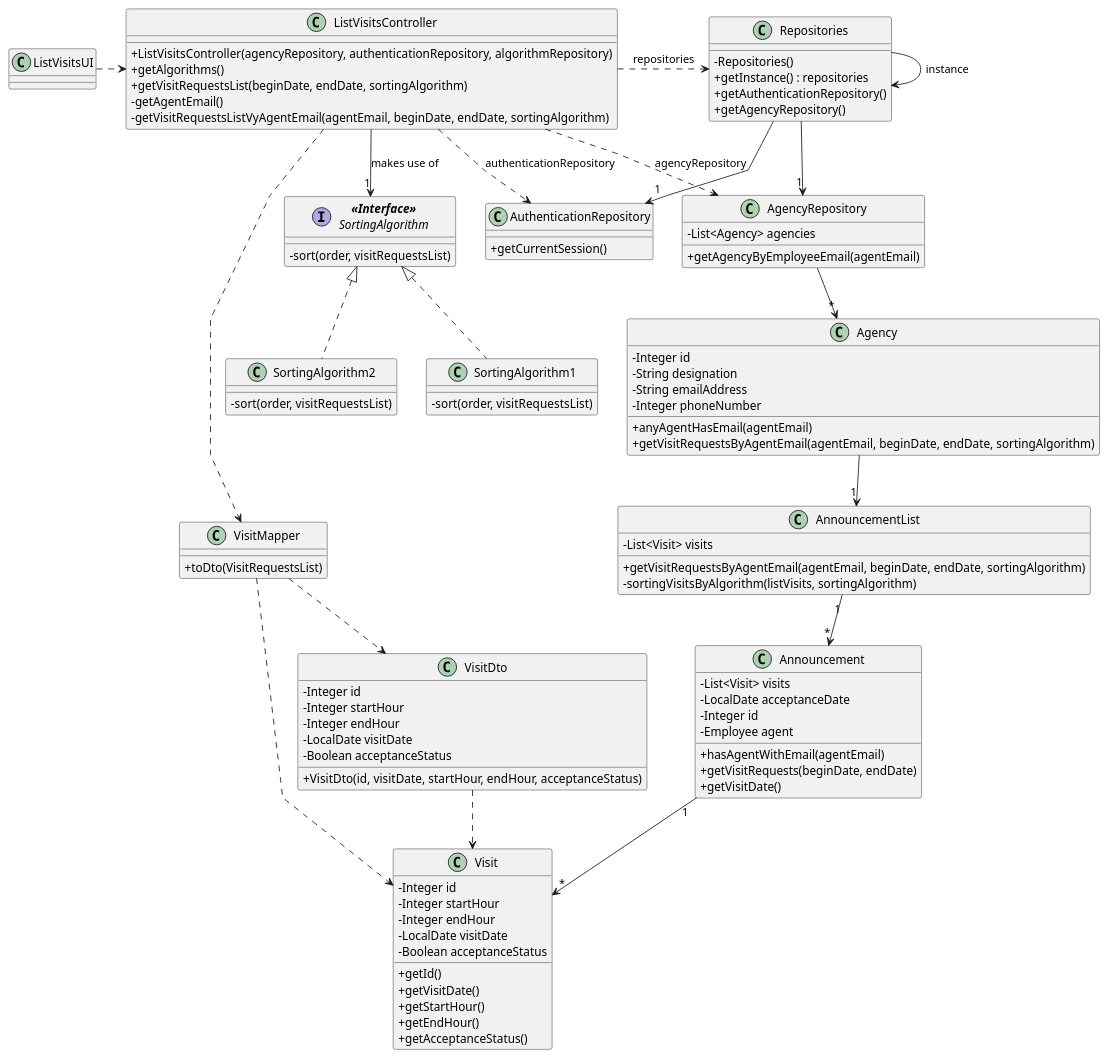
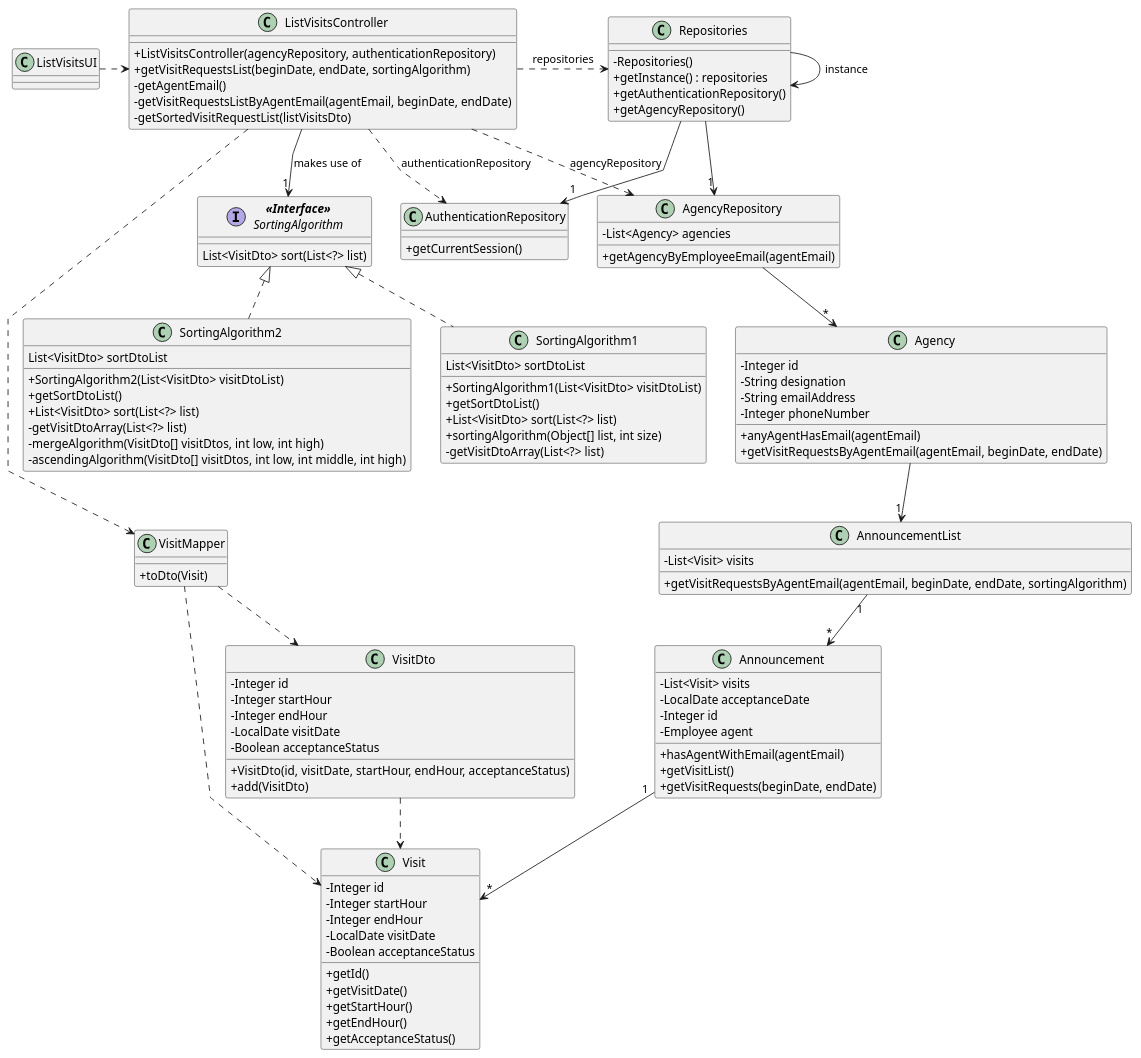
The diagram in docs/sprintD/us015/03.design/puml/us015-class-diagram.puml (rita-barbosa/LAPR2-2223), drawn with PlantUML before and after one commit. The commit also changed 9 other files, not shown here.

Commit message:
Update Sequence Diagram (all) & Class Diagram + SVG's [US015][Design]

```diff
--- a/docs/sprintD/us015/03.design/puml/us015-class-diagram.puml
+++ b/docs/sprintD/us015/03.design/puml/us015-class-diagram.puml
@@ -1,199 +1,144 @@
 @startuml
-'skinparam monochrome true
 skinparam packageStyle rectangle
 skinparam shadowing false
 skinparam linetype polyline
-'skinparam linetype orto
 
 skinparam classAttributeIconSize 0
 
 class Repositories {
     - Repositories()
     + getInstance() : repositories
-'    + getAlgorithmRepository()
     + getAuthenticationRepository()
     + getAgencyRepository()
 }
 
 class ListVisitsController {
-    + ListVisitsController(agencyRepository, authenticationRepository, algorithmRepository)
-    + getAlgorithms()
+    + ListVisitsController(agencyRepository, authenticationRepository)
     + getVisitRequestsList(beginDate, endDate, sortingAlgorithm)
     - getAgentEmail()
-    - getVisitRequestsListVyAgentEmail(agentEmail, beginDate, endDate, sortingAlgorithm)
+    - getVisitRequestsListByAgentEmail(agentEmail, beginDate, endDate)
+    - getSortedVisitRequestList(listVisitsDto)
 }
-
-'class AlgorithmRepository{
-'+ getAlgorithmList()
-'}
-'
-'class AlgorithmMapper{
-'+toDto(algorithmList)
-'}
-'
-'class AlgorithmDto{
-'-String algorithmType
-'
-'+AlgorithmDto(AlgorithmTypeDesignation)
-'}
-'
-'class Algorithm{
-'-String algorithmType
-'
-'+getAlgorithmTypeDesignation()
-'}
 
 class AuthenticationRepository{
 +getCurrentSession()
 }
 
 class AgencyRepository{
 -List<Agency> agencies
 
 +getAgencyByEmployeeEmail(agentEmail)
 }
 
 class Agency{
 - Integer id
 - String designation
 - String emailAddress
 - Integer phoneNumber
 
 + anyAgentHasEmail(agentEmail)
-+ getVisitRequestsByAgentEmail(agentEmail, beginDate, endDate, sortingAlgorithm)
++ getVisitRequestsByAgentEmail(agentEmail, beginDate, endDate)
 }
 
 class AnnouncementList{
 - List<Visit> visits
 
 + getVisitRequestsByAgentEmail(agentEmail, beginDate, endDate, sortingAlgorithm)
-- sortingVisitsByAlgorithm(listVisits, sortingAlgorithm)
 }
 
 class Announcement{
     - List<Visit> visits
     - LocalDate acceptanceDate
     - Integer id
     - Employee agent
 
 + hasAgentWithEmail(agentEmail)
++ getVisitList()
 + getVisitRequests(beginDate, endDate)
-+ getVisitDate()
 }
 
 class VisitMapper{
-+toDto(VisitRequestsList)
++toDto(Visit)
 }
 
 class Visit{
 - Integer id
 - Integer startHour
 - Integer endHour
 - LocalDate visitDate
 - Boolean acceptanceStatus
 
 +getId()
 +getVisitDate()
 +getStartHour()
 +getEndHour()
 +getAcceptanceStatus()
 }
 
 class VisitDto{
 - Integer id
 - Integer startHour
 - Integer endHour
 - LocalDate visitDate
 - Boolean acceptanceStatus
 
 +VisitDto(id, visitDate, startHour, endHour, acceptanceStatus)
++add(VisitDto)
 }
 
-'class Request{
-'- LocalDate requestDate
-'- Integer id
-'- Employee Employee
-'- Email ownerEmail
-'- Business business
-'- Property property
-'
-'+getLocation()
-'}
-'
-'class Property{
-'- PropertyType propertyType
-'- Double area
-'- Double distanceCityCenter
-'- Location location
-'- List<Photograph> photograph
-'
-'+getLocation()
-'}
-
-'class Location{
-'
-'+getLocation()
-'}
-
-'interface SortingMethods{
-'+getSortedVisitRequestList(visitRequestsList)
-'}
-'
-'class SortingMethods1 implements SortingMethods{
-'+getSortedVisitRequestList(visitRequestsList)
-'}
-'
-'class SortingMethods2 implements SortingMethods{
-'+getSortedVisitRequestList(visitRequestsList)
-'}
-
-interface SortingAlgorithm  as "<b><<Interface>></b>\nSortingAlgorithm" {
-    - sort(order, visitRequestsList)
+interface SortAlgorithm  as "<b><<Interface>></b>\nSortingAlgorithm" {
+ List<VisitDto> sort(List<?> list)
 }
 
-class SortingAlgorithm1 implements SortingAlgorithm{
--sort(order, visitRequestsList)
+class SortingAlgorithm1 implements SortAlgorithm{
+List<VisitDto> sortDtoList
+
++SortingAlgorithm1(List<VisitDto> visitDtoList)
++getSortDtoList()
++List<VisitDto> sort(List<?> list)
++sortingAlgorithm(Object[] list, int size)
+-getVisitDtoArray(List<?> list)
 }
 
-class SortingAlgorithm2 implements SortingAlgorithm{
--sort(order, visitRequestsList)
+class SortingAlgorithm2 implements SortAlgorithm{
+List<VisitDto> sortDtoList
+
++SortingAlgorithm2(List<VisitDto> visitDtoList)
++getSortDtoList()
++List<VisitDto> sort(List<?> list)
+-getVisitDtoArray(List<?> list)
+-mergeAlgorithm(VisitDto[] visitDtos, int low, int high)
+-ascendingAlgorithm(VisitDto[] visitDtos, int low, int middle, int high)
 }
 
 
 class ListVisitsUI {
 }
 
 
 Repositories -> Repositories : instance
 
 ListVisitsUI .> ListVisitsController
 
 ListVisitsController .> Repositories : repositories
 
-'ListVisitsController ..> AlgorithmMapper
+
 ListVisitsController .> VisitMapper
 
-'AlgorithmMapper ..> AlgorithmDto
-'AlgorithmDto ..> Algorithm
-'AlgorithmMapper ..> Algorithm
 VisitMapper ..> VisitDto
 VisitDto ..> Visit
 VisitMapper ..> Visit
 
 ListVisitsController ..> AgencyRepository : agencyRepository
 ListVisitsController ..> AuthenticationRepository : authenticationRepository
-'ListVisitsController ..> AlgorithmRepository : algorithmRepository
 Repositories --> "1" AgencyRepository
-'Repositories --> "1" AlgorithmRepository
 Repositories --> "1" AuthenticationRepository
 AgencyRepository --> "*" Agency
 Agency --> "1" AnnouncementList
 AnnouncementList "1" --> "*" Announcement
 Announcement "1"--> "*" Visit
-'AlgorithmRepository --> "*" Algorithm
-ListVisitsController --> "1"SortingAlgorithm : makes use of
+ListVisitsController --> "1"SortAlgorithm : makes use of
 'Announcement "1" -> "1" Request : is based on
 'Request "1" -> "1" Property : has information about
-''00
 'Visit "1" -> "1" Property : is done to
 @enduml
```
